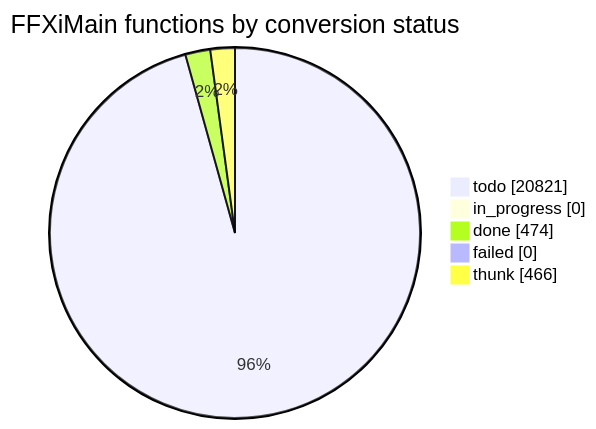
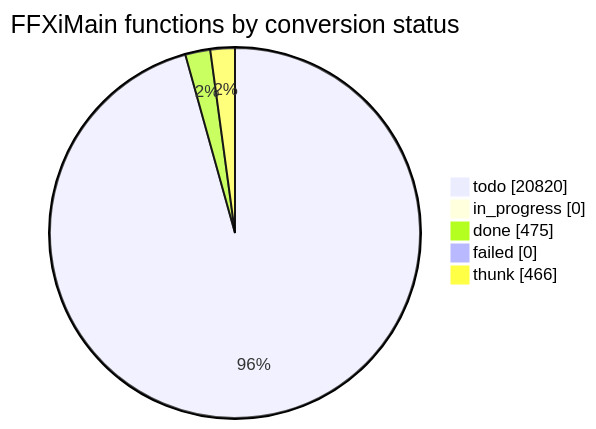
The diagram in docs/cow/STATUS.md (cowrevenge/cow_kuluu_xi_anything), drawn with Mermaid before and after one commit. The commit also changed other lines of this file and 9 other files, not shown here.

````diff
--- a/docs/cow/STATUS.md
+++ b/docs/cow/STATUS.md
@@ -18,9 +18,9 @@
 ```mermaid
 pie showData
     title FFXiMain functions by conversion status
-    "todo" : 20821
+    "todo" : 20820
     "in_progress" : 0
-    "done" : 474
+    "done" : 475
     "failed" : 0
     "thunk" : 466
 ```
````
